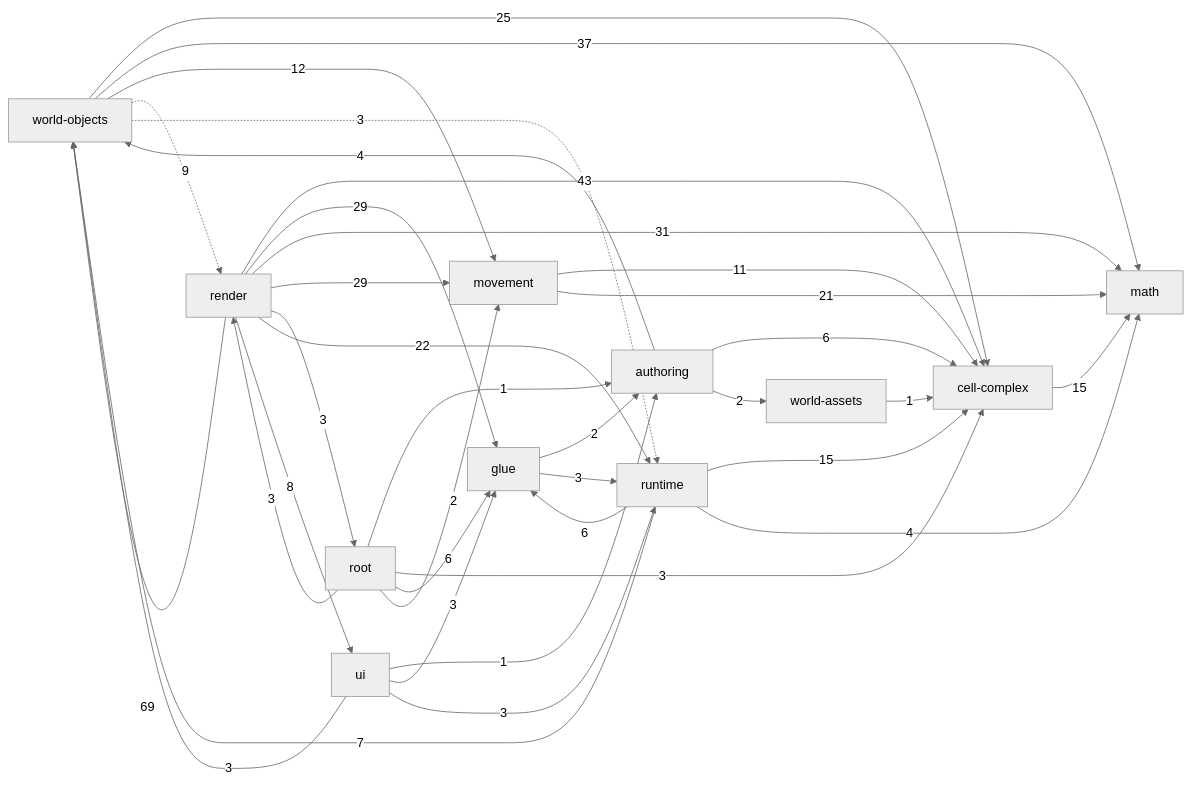
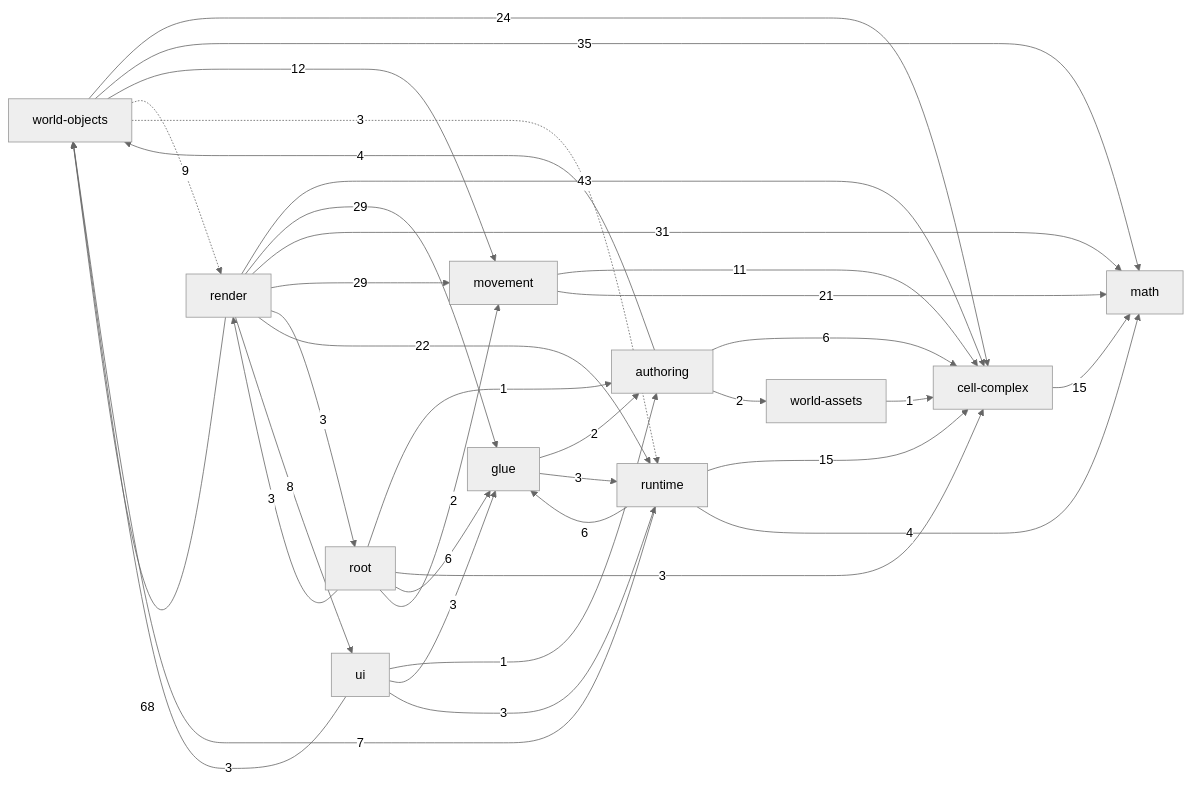
One commit to guraltsev/noneuclid-fpv changed the diagram in _docs/generated/ARCHITECTURE_REFERENCE.md. Above: the diagram before and after it, drawn with Mermaid (neutral theme). The commit also changed other lines of this file and 13 other files, not shown here.

````diff
--- a/_docs/generated/ARCHITECTURE_REFERENCE.md
+++ b/_docs/generated/ARCHITECTURE_REFERENCE.md
@@ -32,49 +32,49 @@
 ```mermaid
 flowchart LR
   math["math"]
   cell_complex["cell-complex"]
   movement["movement"]
   world_assets["world-assets"]
   world_objects["world-objects"]
   authoring["authoring"]
   runtime["runtime"]
   ui["ui"]
   glue["glue"]
   render["render"]
   root["root"]
   authoring -->|6| cell_complex
   authoring -->|2| world_assets
   authoring -->|4| world_objects
   cell_complex -->|15| math
   glue -->|2| authoring
   glue -->|3| runtime
   movement -->|11| cell_complex
   movement -->|21| math
   render -->|43| cell_complex
   render -->|29| glue
   render -->|31| math
   render -->|29| movement
   render -->|3| root
   render -->|22| runtime
   render -->|8| ui
-  render -->|69| world_objects
+  render -->|68| world_objects
   root -->|1| authoring
   root -->|3| cell_complex
   root -->|6| glue
   root -->|2| movement
   root -->|3| render
   runtime -->|15| cell_complex
   runtime -->|6| glue
   runtime -->|4| math
   runtime -->|7| world_objects
   ui -->|1| authoring
   ui -->|3| glue
   ui -->|3| runtime
   ui -->|3| world_objects
   world_assets -->|1| cell_complex
-  world_objects -->|25| cell_complex
-  world_objects -->|37| math
+  world_objects -->|24| cell_complex
+  world_objects -->|35| math
   world_objects -->|12| movement
   world_objects -.->|9| render
   world_objects -.->|3| runtime
 ```
````
